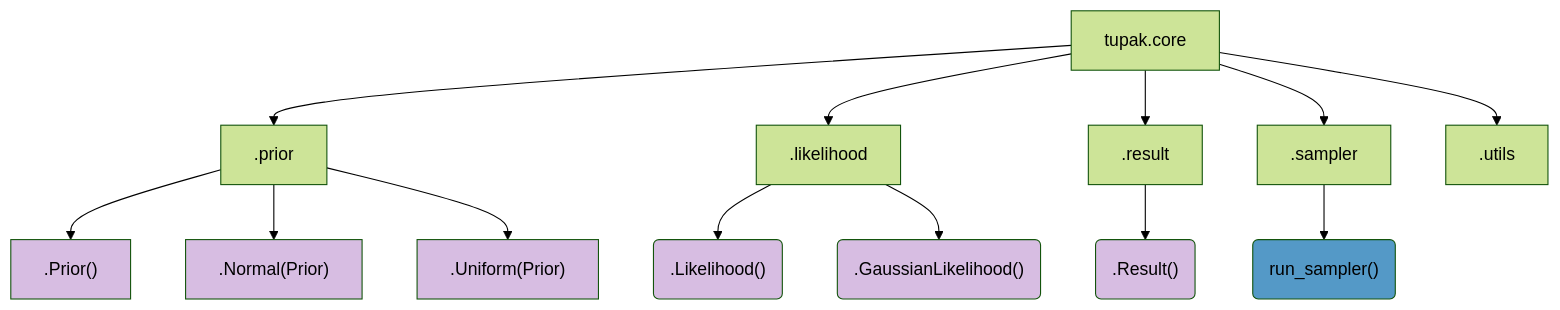
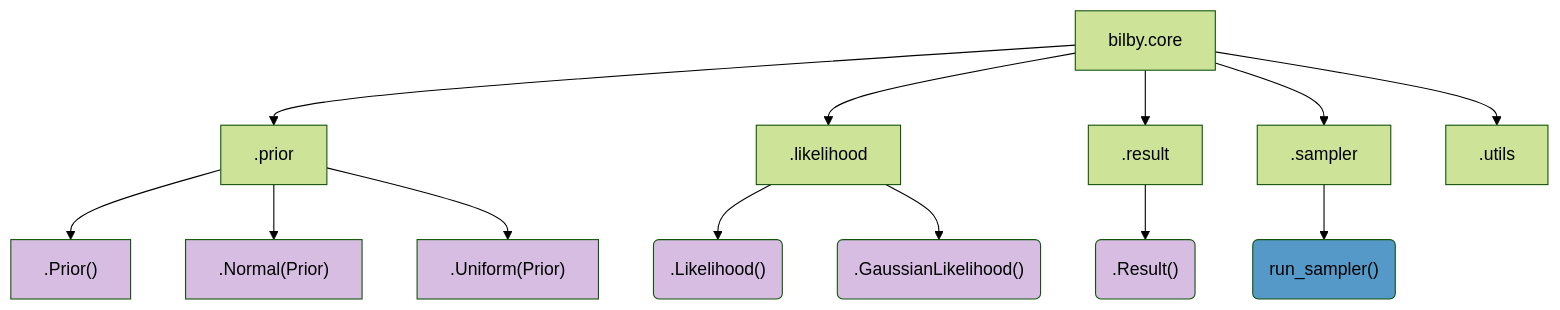
One commit to bilby-dev/bilby changed the second of 6 diagrams in CONTRIBUTING.md. Above: the diagram before and after it, drawn with Mermaid (forest theme). The commit also changed other lines of this file and 136 other files, not shown here.

Commit message:
Tupak is dead long live bilby

````diff
--- a/CONTRIBUTING.md
+++ b/CONTRIBUTING.md
@@ -176,26 +176,26 @@
 ```mermaid
 graph TD
-core[tupak.core] --> prior[.prior] 
+core[bilby.core] --> prior[.prior]
 core --> likelihood[.likelihood] 
 core --> result[.result] 
 core --> sampler[.sampler] 
 core --> utils[.utils]
 
 prior --> Prior[".Prior()"]
 style Prior fill:#D7BDE2
 prior --> Normal[".Normal(Prior)"]
 style Normal fill:#D7BDE2
 prior --> Uniform[".Uniform(Prior)"]
 style Uniform fill:#D7BDE2
 
 likelihood --> Likelihood(".Likelihood()")
 style Likelihood fill:#D7BDE2
 likelihood --> GaussianLikelihood(".GaussianLikelihood()")
 style GaussianLikelihood fill:#D7BDE2
 
 result --> Result(".Result()")
 style Result fill:#D7BDE2
 
 sampler --> run_sampler("run_sampler()")
 style run_sampler fill:#5499C7
 ```
````
